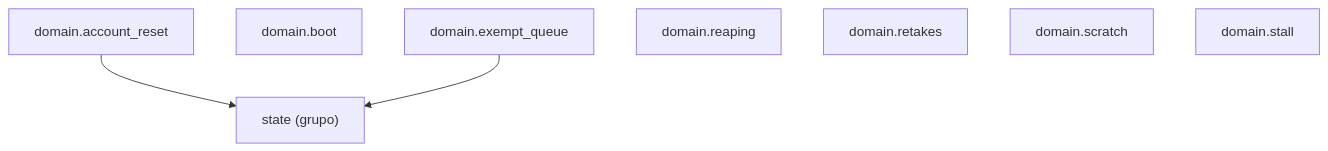
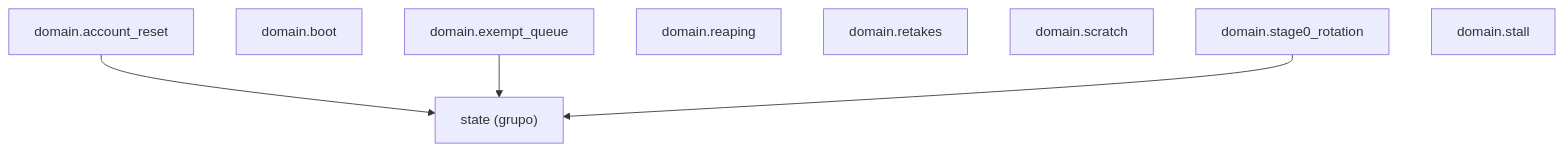
One commit to GonzaloZevallos/agentic-system changed the diagram in docs/architecture/generated/packages-process-domain-machine.md. Above: the diagram before and after it, drawn with Mermaid. The commit also changed 23 other files, not shown here.

First line of the commit message:
Place stage0_rotation in the docs clusters and regenerate the pages

````diff
--- a/docs/architecture/generated/packages-process-domain-machine.md
+++ b/docs/architecture/generated/packages-process-domain-machine.md
@@ -11,13 +11,15 @@
 ```mermaid
 graph TD
     g_domain__state["state (grupo)"]
     m_domain__account_reset["domain.account_reset"]
     m_domain__boot["domain.boot"]
     m_domain__exempt_queue["domain.exempt_queue"]
     m_domain__reaping["domain.reaping"]
     m_domain__retakes["domain.retakes"]
     m_domain__scratch["domain.scratch"]
+    m_domain__stage0_rotation["domain.stage0_rotation"]
     m_domain__stall["domain.stall"]
     m_domain__account_reset --> g_domain__state
     m_domain__exempt_queue --> g_domain__state
+    m_domain__stage0_rotation --> g_domain__state
 ```
````
